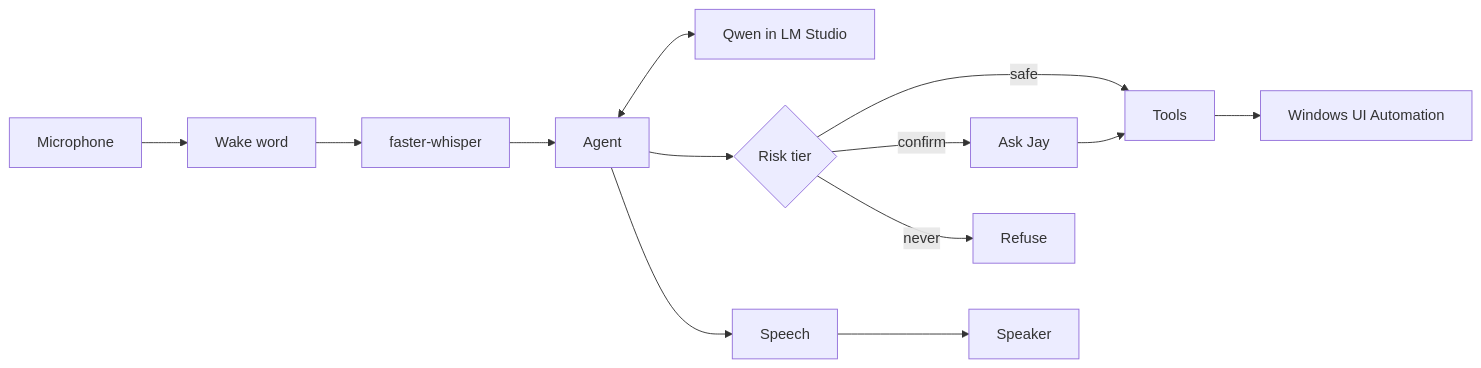
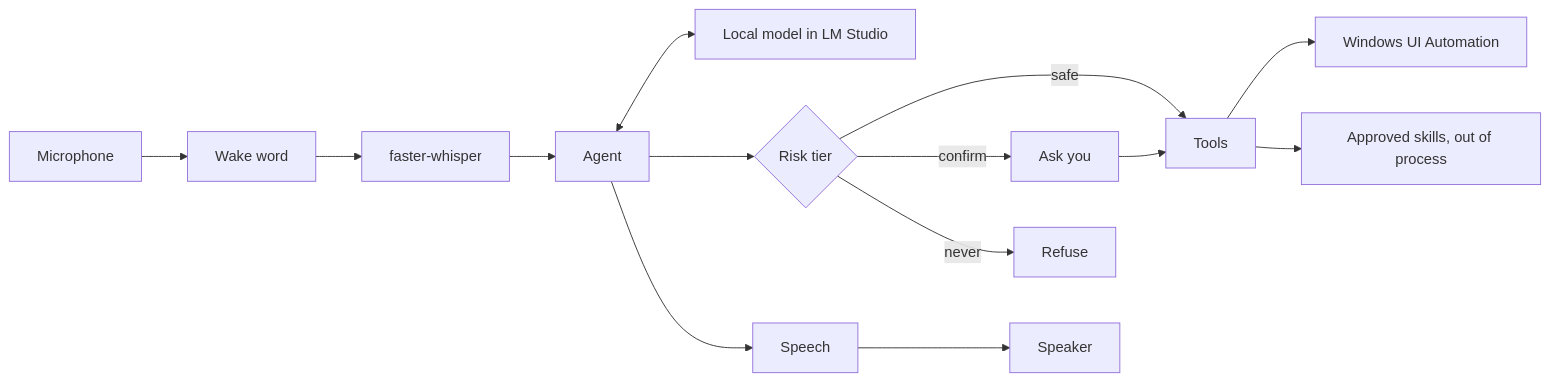
One commit to sklsp/iris changed the first of 2 diagrams in README.md. Above: the diagram before and after it, drawn with Mermaid. The commit also changed other lines of this file, not shown here.

````diff
--- a/README.md
+++ b/README.md
@@ -24,12 +42,13 @@
 ```mermaid
 flowchart LR
   Mic[Microphone] --> Wake[Wake word] --> STT[faster-whisper]
   STT --> Agent
-  Agent <--> LLM[Qwen in LM Studio]
+  Agent <--> LLM[Local model in LM Studio]
   Agent --> Tiers{Risk tier}
   Tiers -->|safe| Tools
-  Tiers -->|confirm| Ask[Ask Jay] --> Tools
+  Tiers -->|confirm| Ask[Ask you] --> Tools
   Tiers -->|never| Refuse[Refuse]
   Tools --> UIA[Windows UI Automation]
+  Tools --> Skills[Approved skills, out of process]
   Agent --> TTS[Speech] --> Speaker
 ```
````
